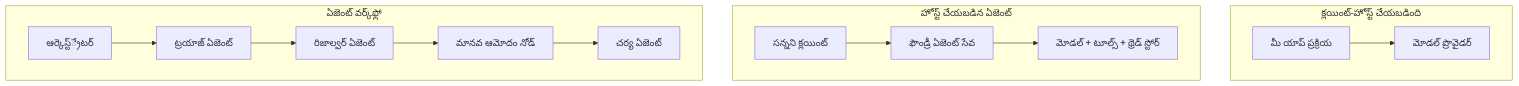
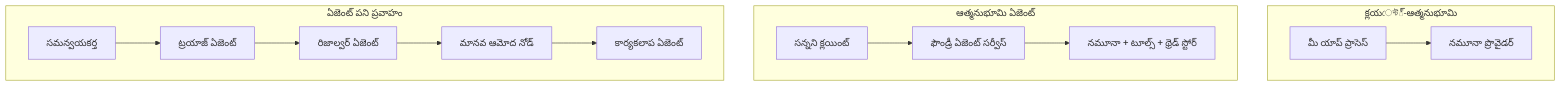
The first of 4 diagrams in translations/te/16-deploying-scalable-agents/README.md (microsoft/ai-agents-for-beginners), drawn with Mermaid before and after one commit. The commit also changed other lines of this file and 43 other files, not shown here.

````diff
--- a/translations/te/16-deploying-scalable-agents/README.md
+++ b/translations/te/16-deploying-scalable-agents/README.md
@@ -87,16 +87,16 @@
 ```mermaid
 flowchart TB
-    subgraph P1[క్లయింట్-హోస్ట్ చేయబడింది]
-        A1[మీ యాప్ ప్రక్రియ] --> M1[మోడల్ ప్రొవైడర్]
+    subgraph P1[క్లయেন্ট్-ఆత్మనుభూమి]
+        A1[మీ యాప్ ప్రాసెస్] --> M1[నమూనా ప్రొవైడర్]
     end
-    subgraph P2[హోస్ట్ చేయబడిన ఏజెంట్]
-        A2[సన్నని క్లయింట్] --> F2[ఫౌండ్రీ ఏజెంట్ సేవ]
-        F2 --> M2[మోడల్ + టూల్స్ + థ్రెడ్ స్టోర్]
+    subgraph P2[ఆత్మనుభూమి ఏజెంట్]
+        A2[సన్నని క్లయింట్] --> F2[ఫౌండ్రీ ఏజెంట్ సర్వీస్]
+        F2 --> M2[నమూనా + టూల్స్ + థ్రెడ్ స్టోర్]
     end
-    subgraph P3[ఏజెంట్ వర్క్‌ఫ్లో]
-        A3[ఆర్కెస్ట్‌్రేటర్] --> S1[ట్రయాజ్ ఏజెంట్]
+    subgraph P3[ఏజెంట్ పని ప్రవాహం]
+        A3[సమన్వయకర్త] --> S1[ట్రయాజ్ ఏజెంట్]
         S1 --> S2[రిజాల్వర్ ఏజెంట్]
-        S2 --> H[మానవ ఆమోదం నోడ్]
-        H --> S3[చర్య ఏజెంట్]
+        S2 --> H[మానవ ఆమోద నోడ్]
+        H --> S3[కార్యకలాప ఏజెంట్]
     end
 ```
````
